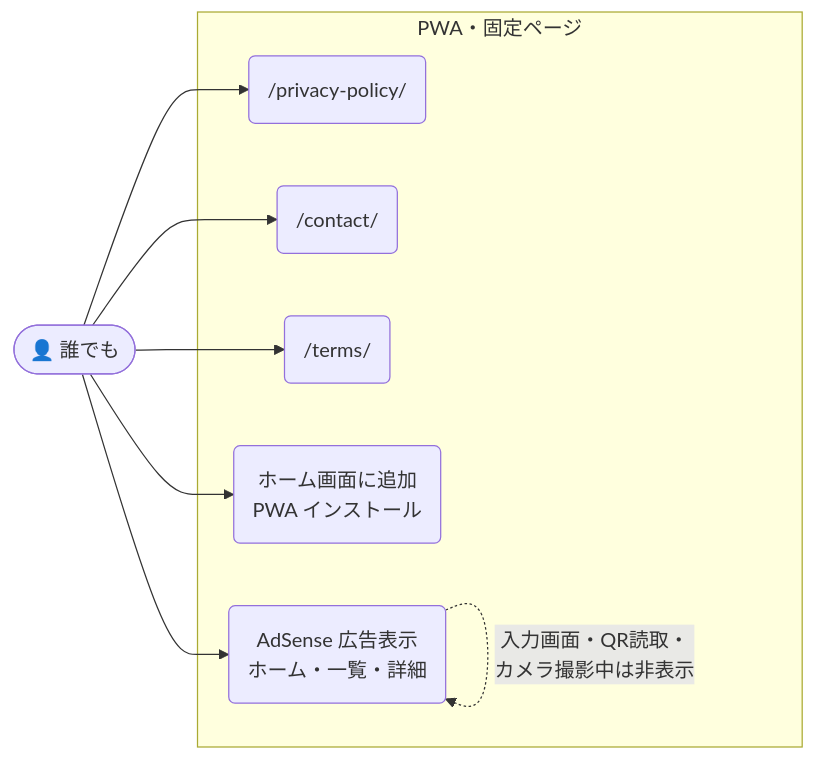
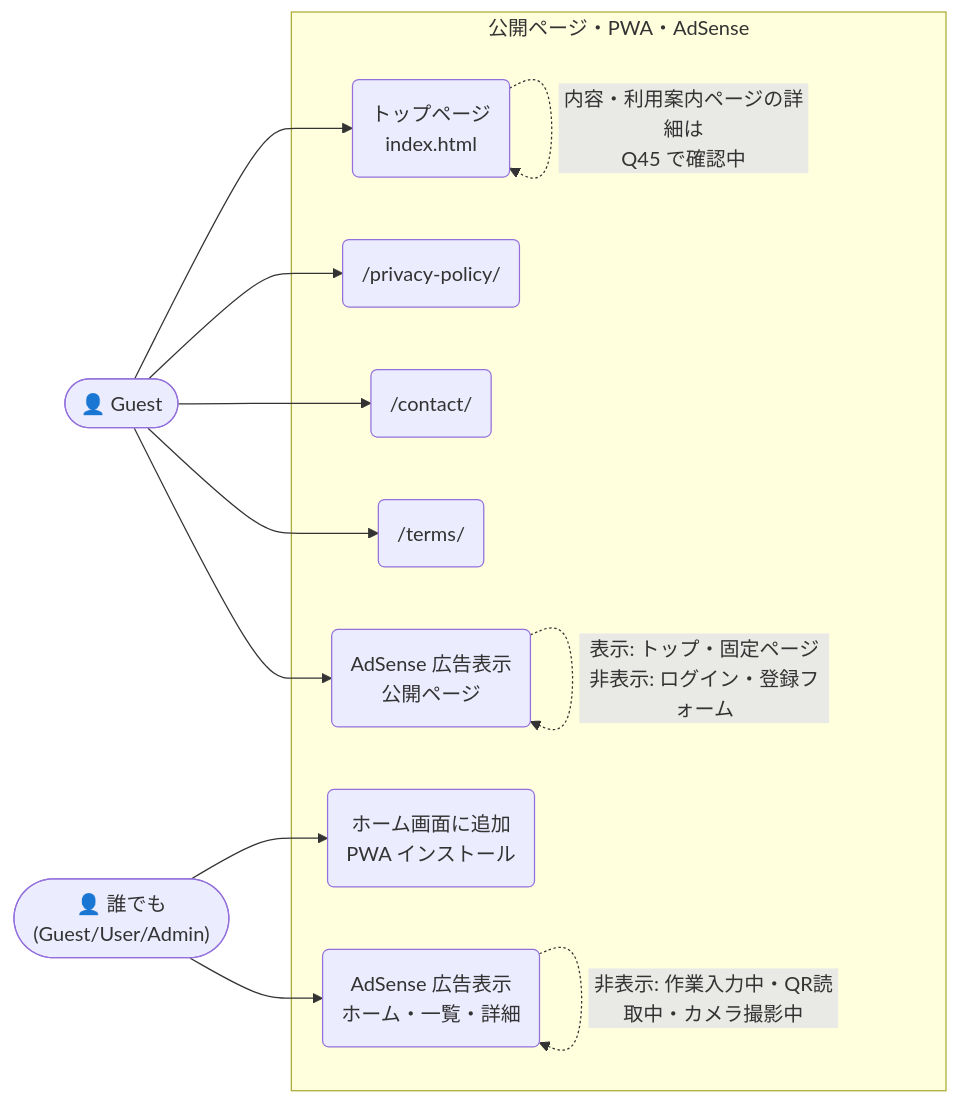
One commit to garyohosu/worklog-pwa changed the seventh of 7 diagrams in USECASE.md. Above: the diagram before and after it, drawn with Mermaid. The commit also changed other lines of this file and 1 other file, not shown here.

````diff
--- a/USECASE.md
+++ b/USECASE.md
@@ -200,20 +229,27 @@
 ```mermaid
 graph LR
-  Anyone(["👤 誰でも"])
+  Guest(["👤 Guest"])
+  Anyone(["👤 誰でも\n(Guest/User/Admin)"])
 
-  subgraph PWA["PWA・固定ページ"]
+  subgraph PUB["公開ページ・PWA・AdSense"]
+    TOP("トップページ\nindex.html")
     PP("/privacy-policy/")
     CO("/contact/")
     TM("/terms/")
     INST("ホーム画面に追加\nPWA インストール")
-    ADS("AdSense 広告表示\nホーム・一覧・詳細")
+    ADS_PUB("AdSense 広告表示\n公開ページ")
+    ADS_APP("AdSense 広告表示\nホーム・一覧・詳細")
   end
 
-  Anyone --> PP
-  Anyone --> CO
-  Anyone --> TM
+  Guest --> TOP
+  Guest --> PP
+  Guest --> CO
+  Guest --> TM
   Anyone --> INST
-  Anyone --> ADS
+  Guest --> ADS_PUB
+  Anyone --> ADS_APP
 
-  ADS -. "入力画面・QR読取・\nカメラ撮影中は非表示" .-> ADS
+  ADS_PUB -. "表示: トップ・固定ページ\n非表示: ログイン・登録フォーム" .-> ADS_PUB
+  ADS_APP -. "非表示: 作業入力中・QR読取中・カメラ撮影中" .-> ADS_APP
+  TOP -. "内容・利用案内ページの詳細は\nQ45 で確認中" .-> TOP
 ```
````
